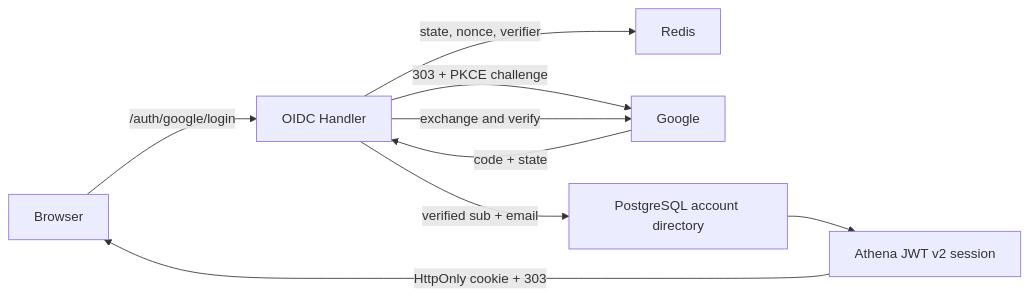
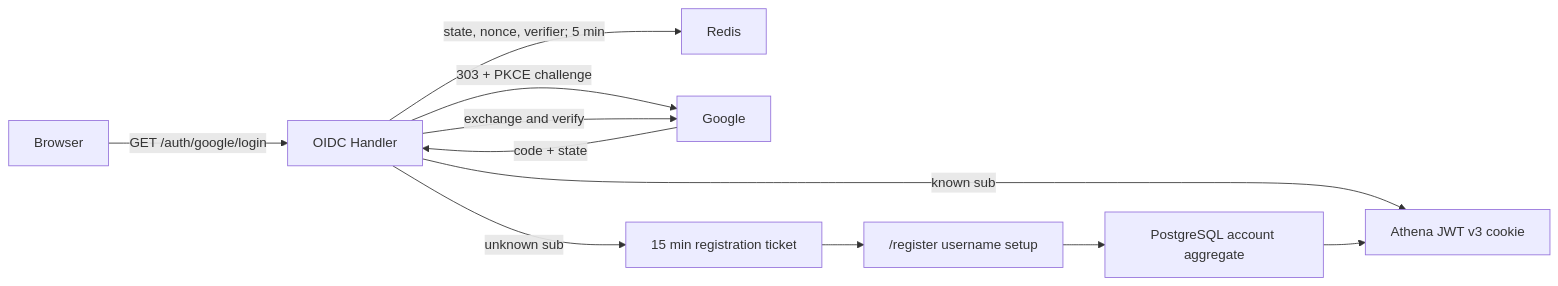
The diagram in docs/design/identity-access/google-oidc-login.md (useryege/athena-o), drawn with Mermaid before and after one commit. The commit also changed other lines of this file and 105 other files, not shown here.

````diff
--- a/docs/design/identity-access/google-oidc-login.md
+++ b/docs/design/identity-access/google-oidc-login.md
@@ -32,11 +32,13 @@
 ```mermaid
 flowchart LR
-    B["Browser"] -->|"/auth/google/login"| H["OIDC Handler"]
-    H -->|"state, nonce, verifier"| R["Redis"]
+    B["Browser"] -->|"GET /auth/google/login"| H["OIDC Handler"]
+    H -->|"state, nonce, verifier; 5 min"| R["Redis"]
     H -->|"303 + PKCE challenge"| G["Google"]
     G -->|"code + state"| H
     H -->|"exchange and verify"| G
-    H -->|"verified sub + email"| D["PostgreSQL account directory"]
-    D --> S["Athena JWT v2 session"]
-    S -->|"HttpOnly cookie + 303"| B
+    H -->|"known sub"| S["Athena JWT v3 cookie"]
+    H -->|"unknown sub"| T["15 min registration ticket"]
+    T --> U["/register username setup"]
+    U --> D["PostgreSQL account aggregate"]
+    D --> S
 ```
````
